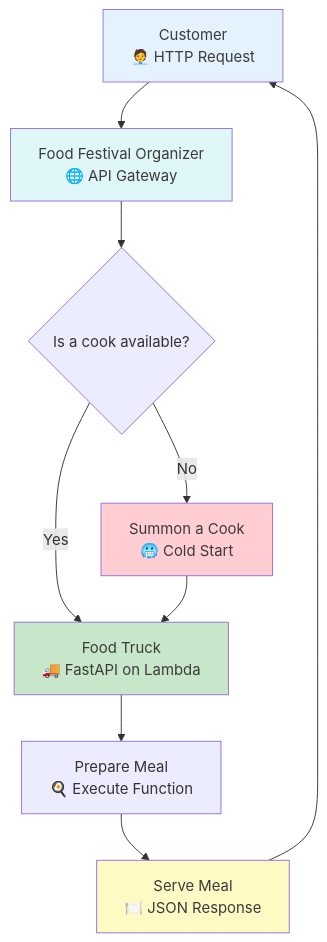
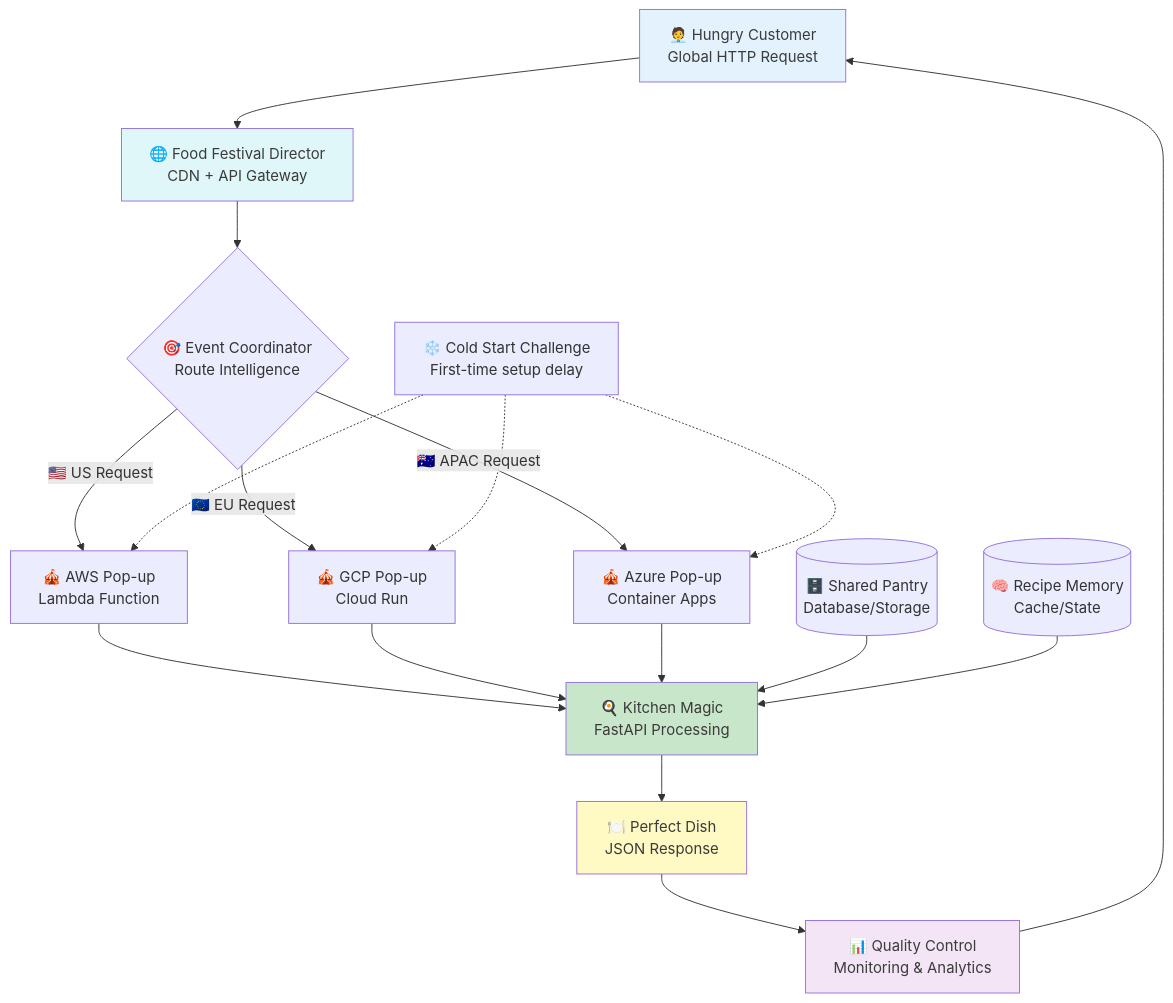
The first of 6 diagrams in app/docs/04_advanced/06-serverless-deployment/page.mdx (ridwanspace/restful-fastapi-guideline), drawn with Mermaid before and after one commit. The commit also changed other lines of this file and 1 other file, not shown here.

````diff
--- a/app/docs/04_advanced/06-serverless-deployment/page.mdx
+++ b/app/docs/04_advanced/06-serverless-deployment/page.mdx
@@ -12,17 +21,30 @@
 ```mermaid
 graph TD
-    A[Customer<br/>🧑‍💼 HTTP Request] --> B[Food Festival Organizer<br/>🌐 API Gateway]
-    B --> C{Is a cook available?};
-    C -- Yes --> D[Food Truck<br/>🚚 FastAPI on Lambda];
-    C -- No --> E[Summon a Cook<br/>🥶 Cold Start];
-    E --> D;
-    D --> F[Prepare Meal<br/>🍳 Execute Function];
-    F --> G[Serve Meal<br/>🍽️ JSON Response];
-    G --> A;
-
+    A[🧑‍💼 Hungry Customer<br/>Global HTTP Request] --> B[🌐 Food Festival Director<br/>CDN + API Gateway]
+    B --> C{🎯 Event Coordinator<br/>Route Intelligence}
+    
+    C -->|🇺🇸 US Request| D[🎪 AWS Pop-up<br/>Lambda Function]
+    C -->|🇪🇺 EU Request| E[🎪 GCP Pop-up<br/>Cloud Run]
+    C -->|🇦🇺 APAC Request| F[🎪 Azure Pop-up<br/>Container Apps]
+    
+    D --> G[🍳 Kitchen Magic<br/>FastAPI Processing]
+    E --> G
+    F --> G
+    
+    G --> H[🍽️ Perfect Dish<br/>JSON Response]
+    H --> I[📊 Quality Control<br/>Monitoring & Analytics]
+    I --> A
+    
+    J[(🗄️ Shared Pantry<br/>Database/Storage)] --> G
+    K[(🧠 Recipe Memory<br/>Cache/State)] --> G
+    
     style A fill:#e3f2fd,color:#3b3b3b
     style B fill:#e0f7fa,color:#3b3b3b
-    style E fill:#ffcdd2,color:#3b3b3b
-    style D fill:#c8e6c9,color:#3b3b3b
-    style G fill:#fff9c4,color:#3b3b3b
+    style G fill:#c8e6c9,color:#3b3b3b
+    style H fill:#fff9c4,color:#3b3b3b
+    style I fill:#f3e5f5,color:#3b3b3b
+    
+    L[❄️ Cold Start Challenge<br/>First-time setup delay] -.-> D
+    L -.-> E
+    L -.-> F
 ```
````
